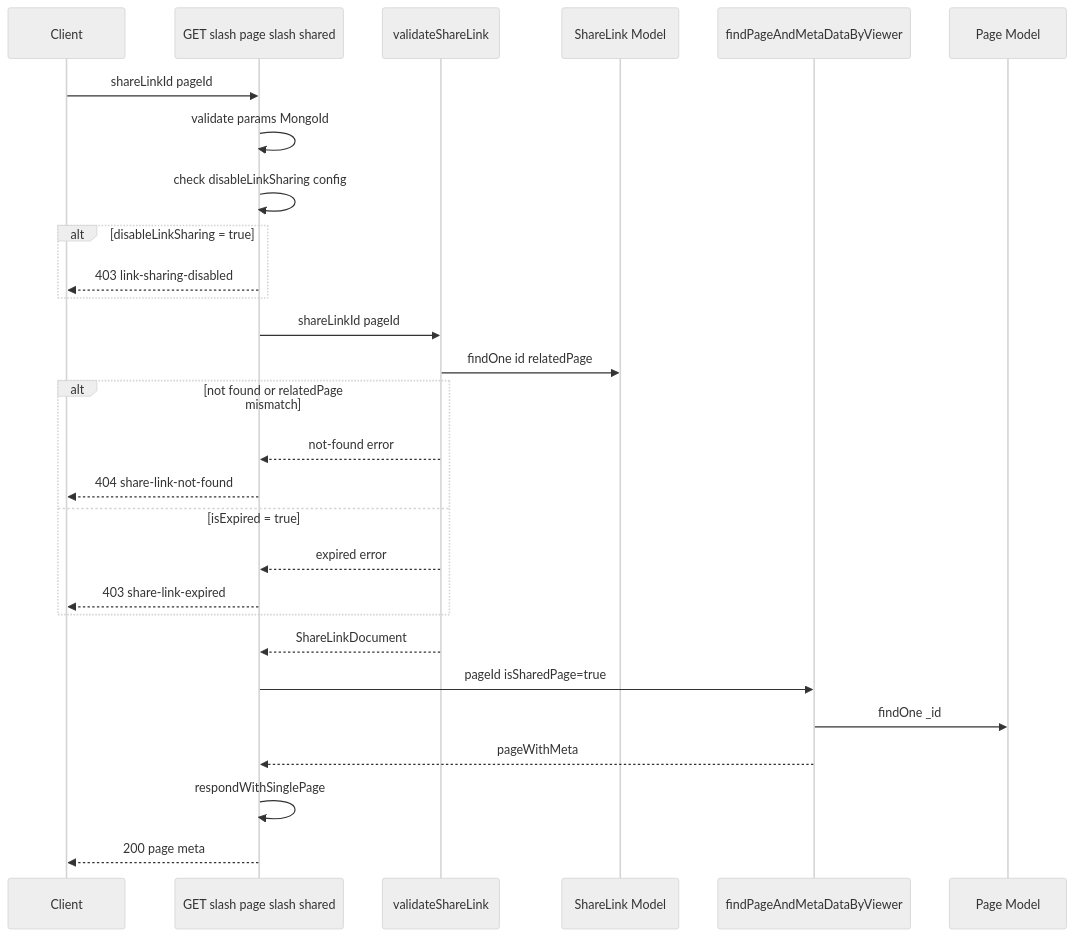
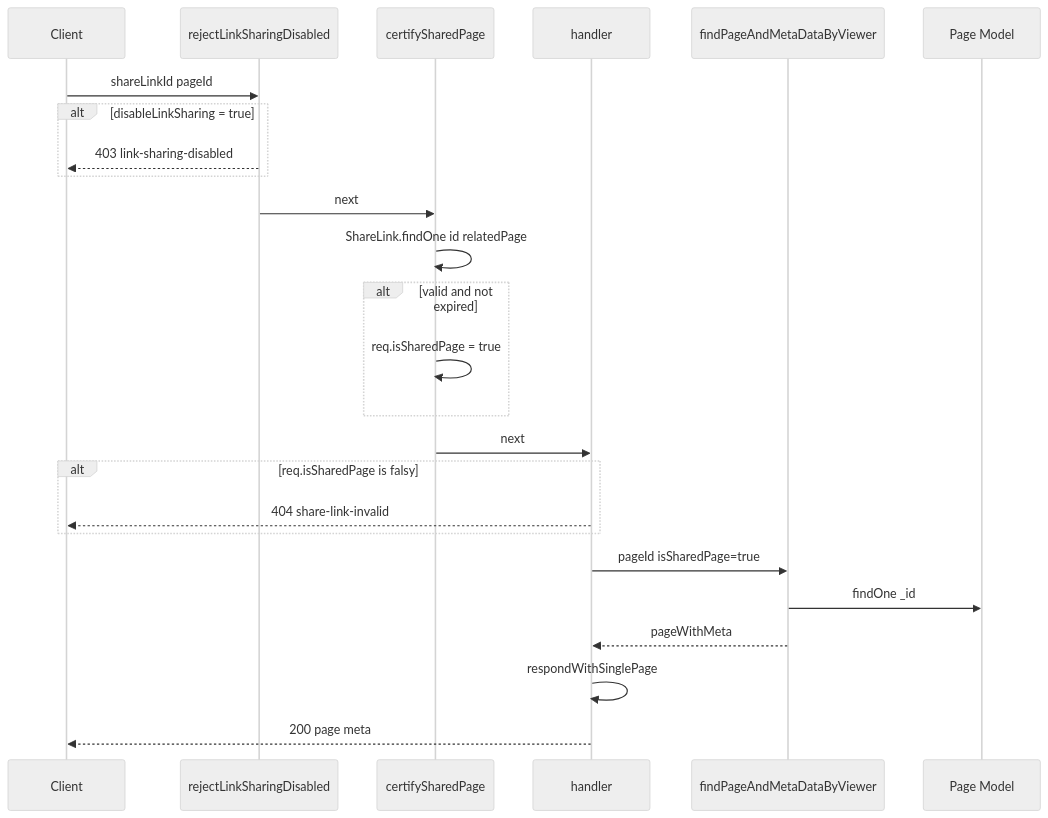
Before and after one commit to growilabs/growi: the second of 2 diagrams in .kiro/specs/sharelink-page-api/design.md, drawn with Mermaid (neutral theme). The commit also changed other lines of this file and 1 other file, not shown here.

````diff
--- a/.kiro/specs/sharelink-page-api/design.md
+++ b/.kiro/specs/sharelink-page-api/design.md
@@ -105,31 +82,28 @@
 ```mermaid
 sequenceDiagram
     participant Client
-    participant Handler as GET slash page slash shared
-    participant ValidateSL as validateShareLink
-    participant ShareLink as ShareLink Model
+    participant RejectLSD as rejectLinkSharingDisabled
+    participant CertifySP as certifySharedPage
+    participant Handler as handler
     participant FPAMDBV as findPageAndMetaDataByViewer
     participant Page as Page Model
 
-    Client->>Handler: shareLinkId pageId
-    Handler->>Handler: validate params MongoId
-    Handler->>Handler: check disableLinkSharing config
+    Client->>RejectLSD: shareLinkId pageId
     alt disableLinkSharing = true
-        Handler-->>Client: 403 link-sharing-disabled
+        RejectLSD-->>Client: 403 link-sharing-disabled
     end
-    Handler->>ValidateSL: shareLinkId pageId
-    ValidateSL->>ShareLink: findOne id relatedPage
-    alt not found or relatedPage mismatch
-        ValidateSL-->>Handler: not-found error
-        Handler-->>Client: 404 share-link-not-found
-    else isExpired = true
-        ValidateSL-->>Handler: expired error
-        Handler-->>Client: 403 share-link-expired
+    RejectLSD->>CertifySP: next
+    CertifySP->>CertifySP: ShareLink.findOne id relatedPage
+    alt valid and not expired
+        CertifySP->>CertifySP: req.isSharedPage = true
     end
-    ValidateSL-->>Handler: ShareLinkDocument
+    CertifySP->>Handler: next
+    alt req.isSharedPage is falsy
+        Handler-->>Client: 404 share-link-invalid
+    end
     Handler->>FPAMDBV: pageId isSharedPage=true
     FPAMDBV->>Page: findOne _id
     FPAMDBV-->>Handler: pageWithMeta
     Handler->>Handler: respondWithSinglePage
     Handler-->>Client: 200 page meta
 ```
````
